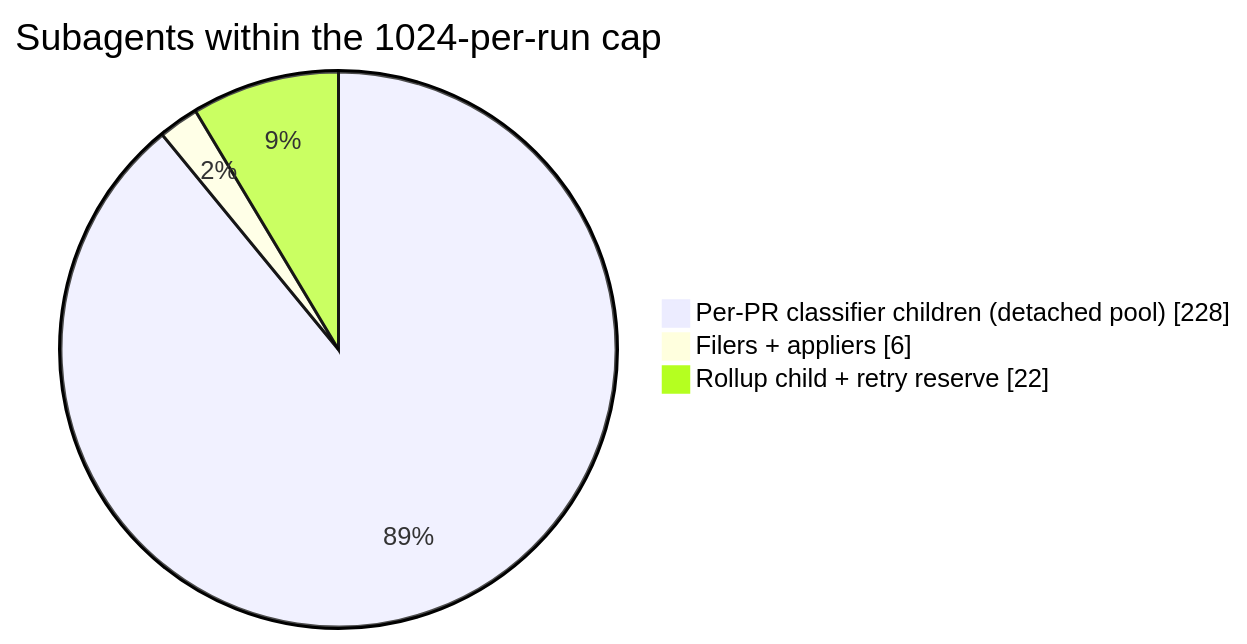
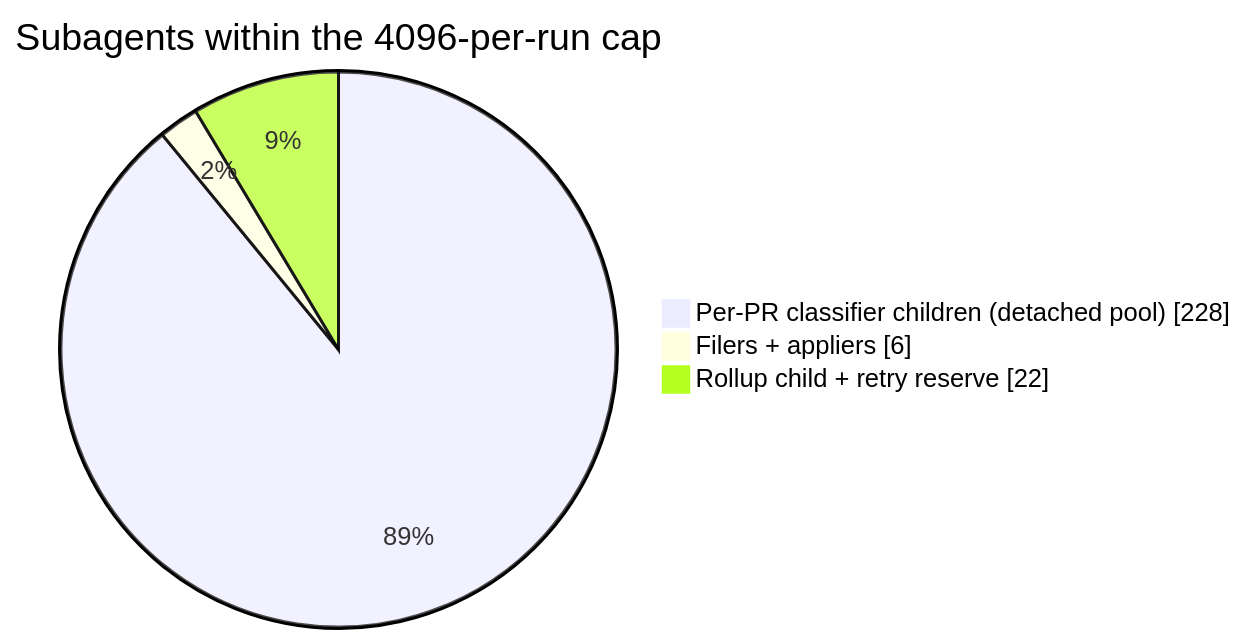
The ninth of 12 diagrams in docs/workflow-diagrams.md (ahmedhosnypro/craft-libs-adoption), drawn with Mermaid before and after one commit. The commit also changed other lines of this file and 7 other files, not shown here.

````diff
--- a/docs/workflow-diagrams.md
+++ b/docs/workflow-diagrams.md
@@ -244,6 +244,6 @@
 ```mermaid
-pie showData title Subagents within the 1024-per-run cap
+pie showData title Subagents within the 4096-per-run cap
     "Per-PR classifier children (detached pool)" : 228
     "Filers + appliers" : 6
     "Rollup child + retry reserve" : 22
 ```
````
